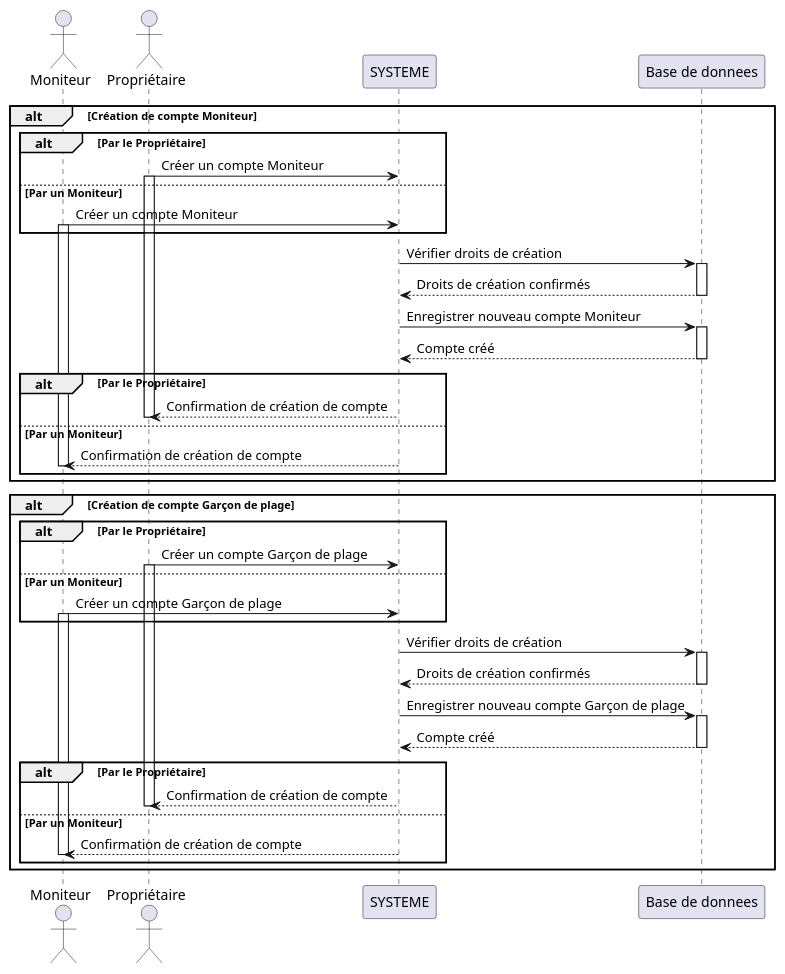
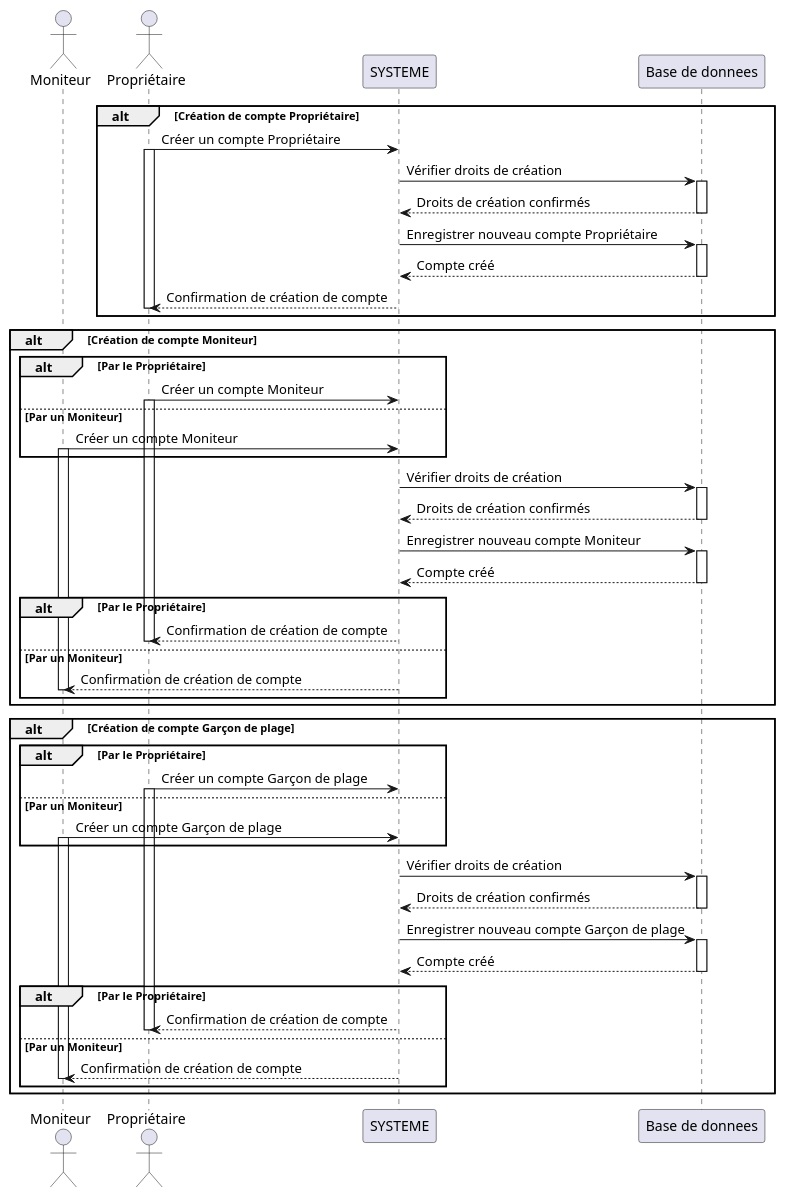
Before and after one commit to Hugo-COLLIN/MIAGE_CSI_NauticalClub: the diagram in docs/1-analysis/sequenceDiagrams/accountCreationSequenceDiagram.puml, drawn with PlantUML.

Commit message:
docs: adding "Création de compte Propriétaire"

```diff
--- a/docs/1-analysis/sequenceDiagrams/accountCreationSequenceDiagram.puml
+++ b/docs/1-analysis/sequenceDiagrams/accountCreationSequenceDiagram.puml
@@ -1,63 +1,81 @@
 @startuml
 actor "Moniteur" as M
 actor "Propriétaire" as P
 participant "SYSTEME" as App
 participant "Base de donnees" as DB
+
+alt Création de compte Propriétaire
+    P -> App : Créer un compte Propriétaire
+    activate P
+
+    App -> DB : Vérifier droits de création
+    activate DB
+    DB --> App : Droits de création confirmés
+    deactivate DB
+
+    App -> DB : Enregistrer nouveau compte Propriétaire
+    activate DB
+    DB --> App : Compte créé
+    deactivate DB
+
+    App --> P : Confirmation de création de compte
+    deactivate P
+end
 
 alt Création de compte Moniteur
     alt Par le Propriétaire
         P -> App : Créer un compte Moniteur
         activate P
     else Par un Moniteur
         M -> App : Créer un compte Moniteur
         activate M
     end
 
     App -> DB : Vérifier droits de création
     activate DB
     DB --> App : Droits de création confirmés
     deactivate DB
 
     App -> DB : Enregistrer nouveau compte Moniteur
     activate DB
     DB --> App : Compte créé
     deactivate DB
 
     alt Par le Propriétaire
         App --> P : Confirmation de création de compte
         deactivate P
     else Par un Moniteur
         App --> M : Confirmation de création de compte
         deactivate M
     end
 end
 
 alt Création de compte Garçon de plage
     alt Par le Propriétaire
         P -> App : Créer un compte Garçon de plage
         activate P
     else Par un Moniteur
         M -> App : Créer un compte Garçon de plage
         activate M
     end
 
     App -> DB : Vérifier droits de création
     activate DB
     DB --> App : Droits de création confirmés
     deactivate DB
 
     App -> DB : Enregistrer nouveau compte Garçon de plage
     activate DB
     DB --> App : Compte créé
     deactivate DB
 
     alt Par le Propriétaire
         App --> P : Confirmation de création de compte
         deactivate P
     else Par un Moniteur
         App --> M : Confirmation de création de compte
         deactivate M
     end
 end
 
 @enduml
```
